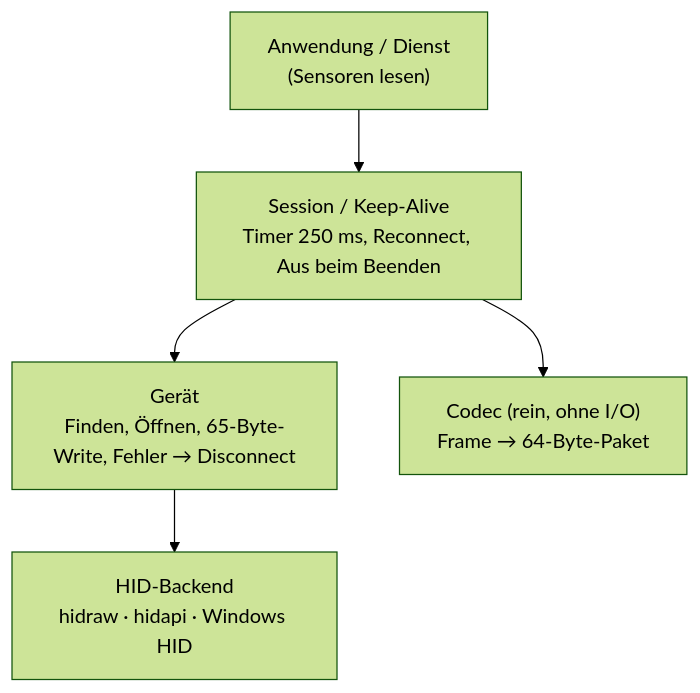
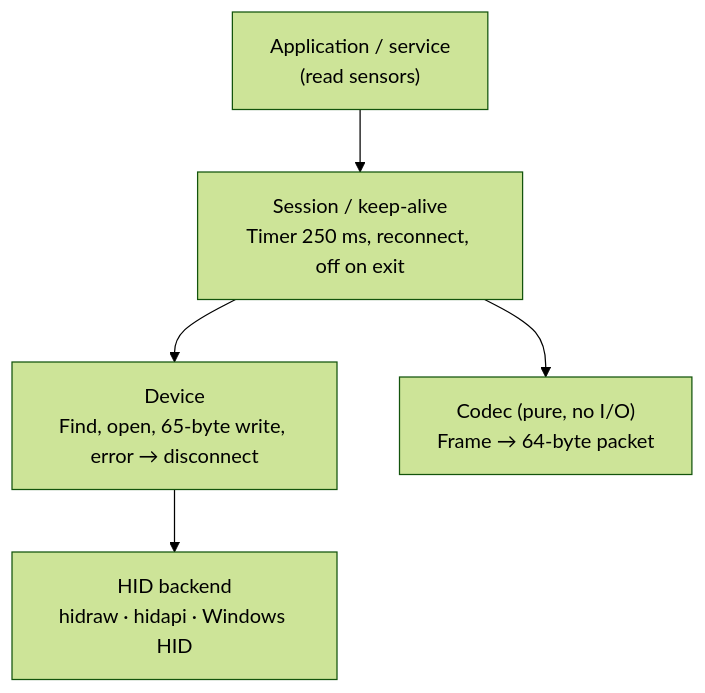
One commit to fubar-coder/SegLcd changed the diagram in docs/content/docs/library/_index.md. Above: the diagram before and after it, drawn with Mermaid (forest theme). The commit also changed other lines of this file and 54 other files, not shown here.

````diff
--- a/docs/content/docs/library/_index.md
+++ b/docs/content/docs/library/_index.md
@@ -11,7 +11,7 @@
 ```mermaid
 flowchart TB
-    App["Anwendung / Dienst<br/>(Sensoren lesen)"] --> Session
-    Session["Session / Keep-Alive<br/>Timer 250 ms, Reconnect, Aus beim Beenden"] --> Device
-    Device["Gerät<br/>Finden, Öffnen, 65-Byte-Write, Fehler → Disconnect"] --> HID["HID-Backend<br/>hidraw · hidapi · Windows HID"]
-    Session --> Codec["Codec (rein, ohne I/O)<br/>Frame → 64-Byte-Paket"]
+    App["Application / service<br/>(read sensors)"] --> Session
+    Session["Session / keep-alive<br/>Timer 250 ms, reconnect, off on exit"] --> Device
+    Device["Device<br/>Find, open, 65-byte write, error → disconnect"] --> HID["HID backend<br/>hidraw · hidapi · Windows HID"]
+    Session --> Codec["Codec (pure, no I/O)<br/>Frame → 64-byte packet"]
 ```
````
